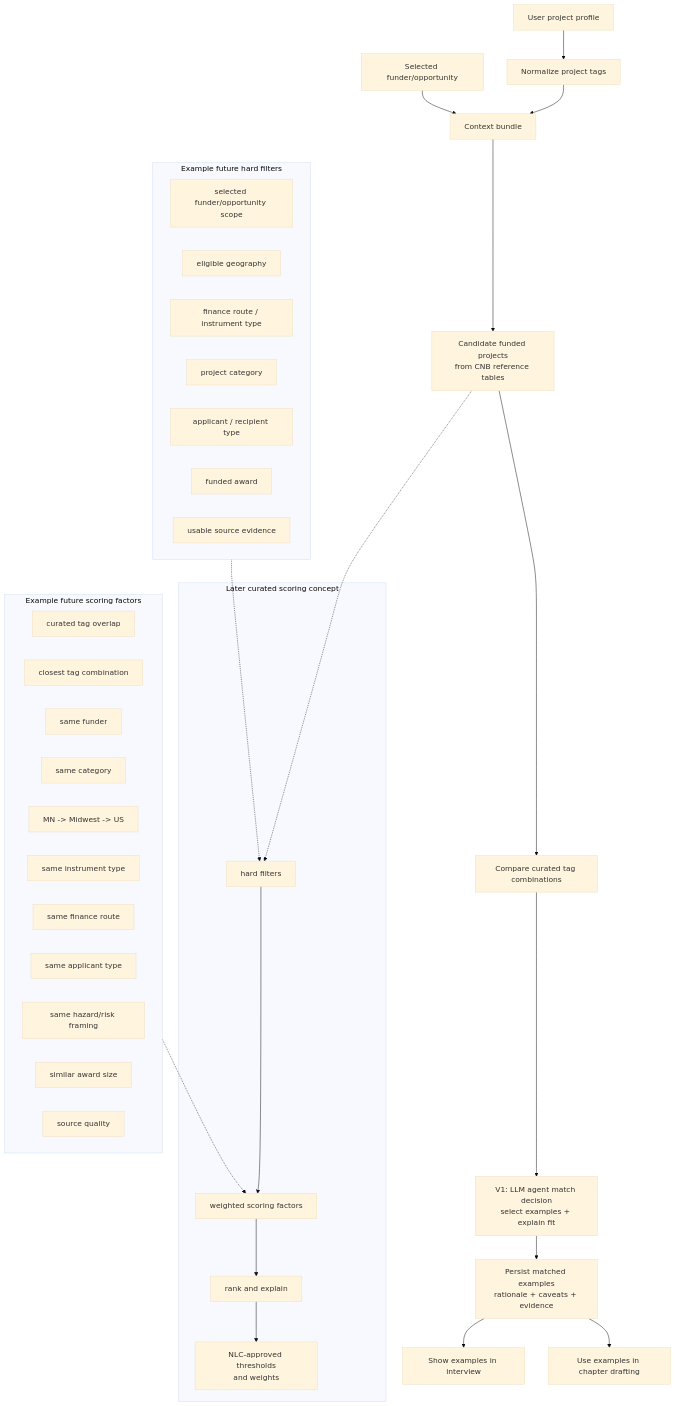
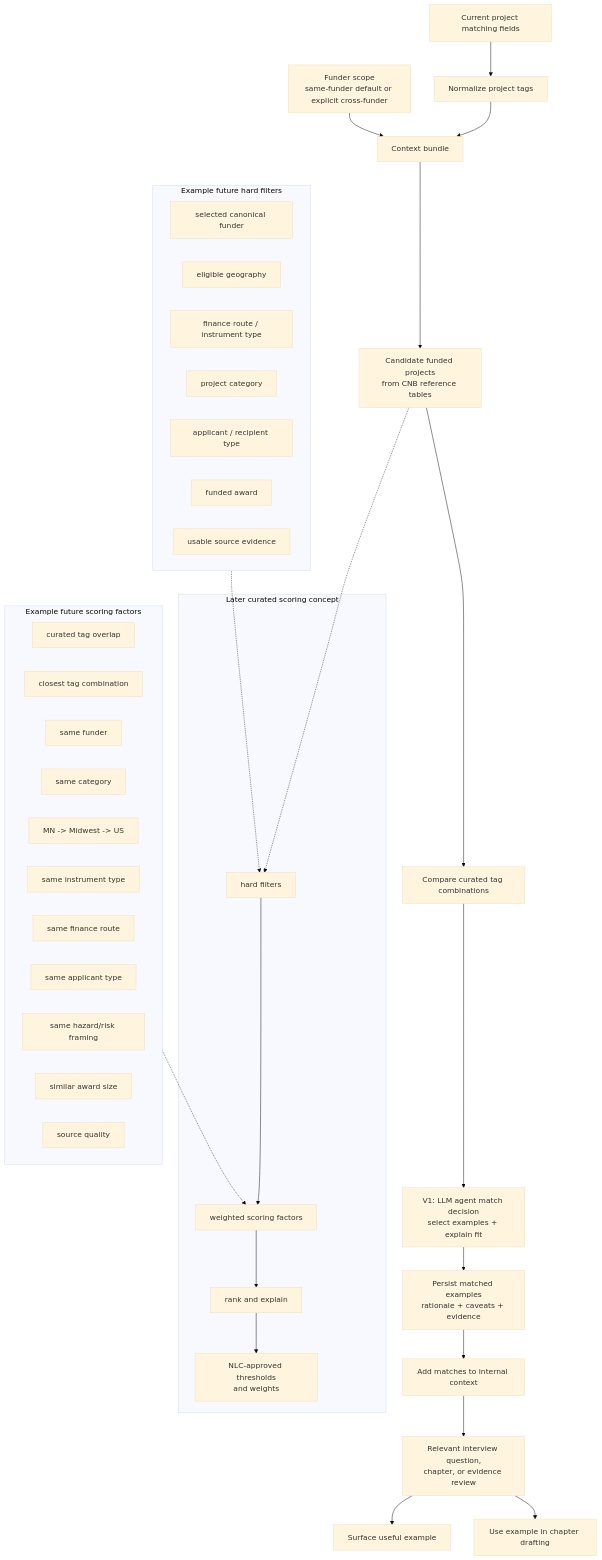
Before and after one commit to Open-Earth-Foundation/CityCatalyst: the ninth of 14 diagrams in docs/ConceptNoteBuilderArchitecture.md, drawn with Mermaid (base theme). The commit also changed other lines of this file and 40 other files, not shown here.

````diff
--- a/docs/ConceptNoteBuilderArchitecture.md
+++ b/docs/ConceptNoteBuilderArchitecture.md
@@ -854,48 +894,50 @@
 ```mermaid
 flowchart TB
-    Project["User project profile"] --> Tags["Normalize project tags"]
+    Project["Current project matching fields"] --> Tags["Normalize project tags"]
     Tags --> Bundle["Context bundle"]
-    Funder["Selected funder/opportunity"] --> Bundle
+    Scope["Funder scope<br/>same-funder default or explicit cross-funder"] --> Bundle
     Bundle --> CandidateSet["Candidate funded projects<br/>from CNB reference tables"]
     CandidateSet --> TagCompare["Compare curated tag combinations"]
     TagCompare --> AgentDecision["V1: LLM agent match decision<br/>select examples + explain fit"]
     AgentDecision --> StoreMatch["Persist matched examples<br/>rationale + caveats + evidence"]
-    StoreMatch --> UI["Show examples in interview"]
-    StoreMatch --> Draft["Use examples in chapter drafting"]
+    StoreMatch --> Context["Add matches to internal context"]
+    Context --> Relevant["Relevant interview question,<br/>chapter, or evidence review"]
+    Relevant --> UI["Surface useful example"]
+    Relevant --> Draft["Use example in chapter drafting"]
 
     CandidateSet -.-> FutureFilters
 
     subgraph FutureScoring["Later curated scoring concept"]
         FutureFilters["hard filters"]
         FutureFilters --> Score["weighted scoring factors"]
         Score --> Rank["rank and explain"]
         Rank --> Calibration["NLC-approved thresholds<br/>and weights"]
     end
 
     subgraph FilterExamples["Example future hard filters"]
-        ProgramGate["selected funder/opportunity scope"]
+        FunderGate["selected canonical funder"]
         GeographyGate["eligible geography"]
         InstrumentGate["finance route / instrument type"]
         CategoryGate["project category"]
         ApplicantGate["applicant / recipient type"]
         StatusGate["funded award"]
         EvidenceGate["usable source evidence"]
     end
 
     subgraph FactorExamples["Example future scoring factors"]
         TagOverlap["curated tag overlap"]
         TagCombo["closest tag combination"]
         SameFunder["same funder"]
         Category["same category"]
         Region["MN -> Midwest -> US"]
         Instrument["same instrument type"]
         Route["same finance route"]
         Applicant["same applicant type"]
         Hazards["same hazard/risk framing"]
         AwardSize["similar award size"]
         Evidence["source quality"]
     end
 
     FilterExamples -.-> FutureFilters
     FactorExamples -.-> Score
 ```
````
